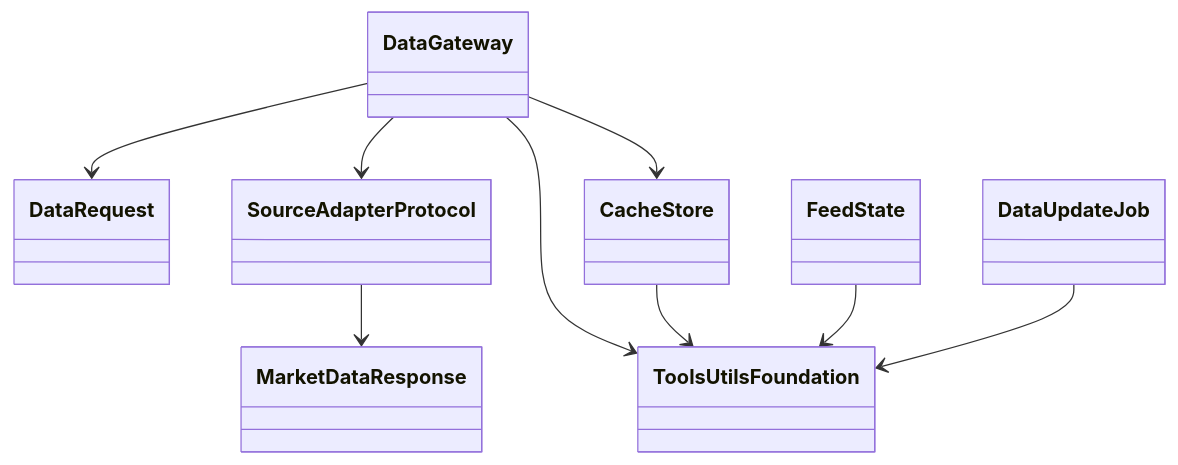
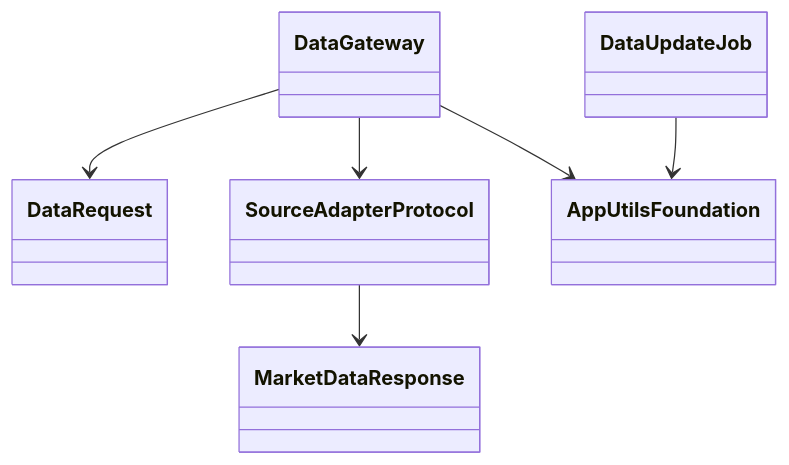
One commit to haruperi/Quant changed the second of 2 diagrams in docs/source-requirements/02-data.md. Above: the diagram before and after it, drawn with Mermaid. The commit also changed other lines of this file and 54 other files, not shown here.

Commit message:
feat (data) : implement data services framework, multi-broker integration, and agentic tools architecture

````diff
--- a/docs/source-requirements/02-data.md
+++ b/docs/source-requirements/02-data.md
@@ -206,20 +188,15 @@
 ```mermaid
 classDiagram
   class DataRequest
   class MarketDataResponse
   class SourceAdapterProtocol
   class DataGateway
-  class CacheStore
-  class FeedState
   class DataUpdateJob
-  class ToolsUtilsFoundation
+  class AppUtilsFoundation
 
   DataGateway --> DataRequest
   DataGateway --> SourceAdapterProtocol
   SourceAdapterProtocol --> MarketDataResponse
-  DataGateway --> CacheStore
-  DataGateway --> ToolsUtilsFoundation
-  CacheStore --> ToolsUtilsFoundation
-  FeedState --> ToolsUtilsFoundation
-  DataUpdateJob --> ToolsUtilsFoundation
+  DataGateway --> AppUtilsFoundation
+  DataUpdateJob --> AppUtilsFoundation
 ```
````
